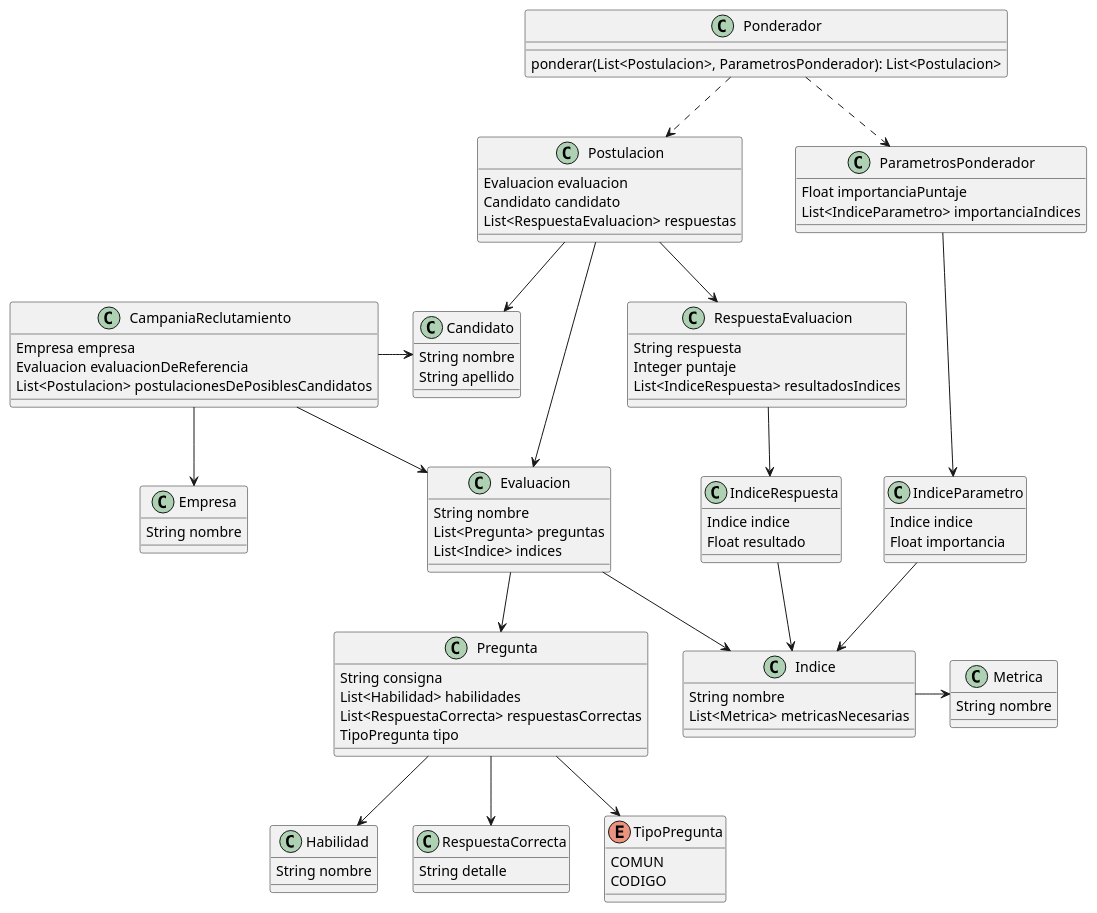
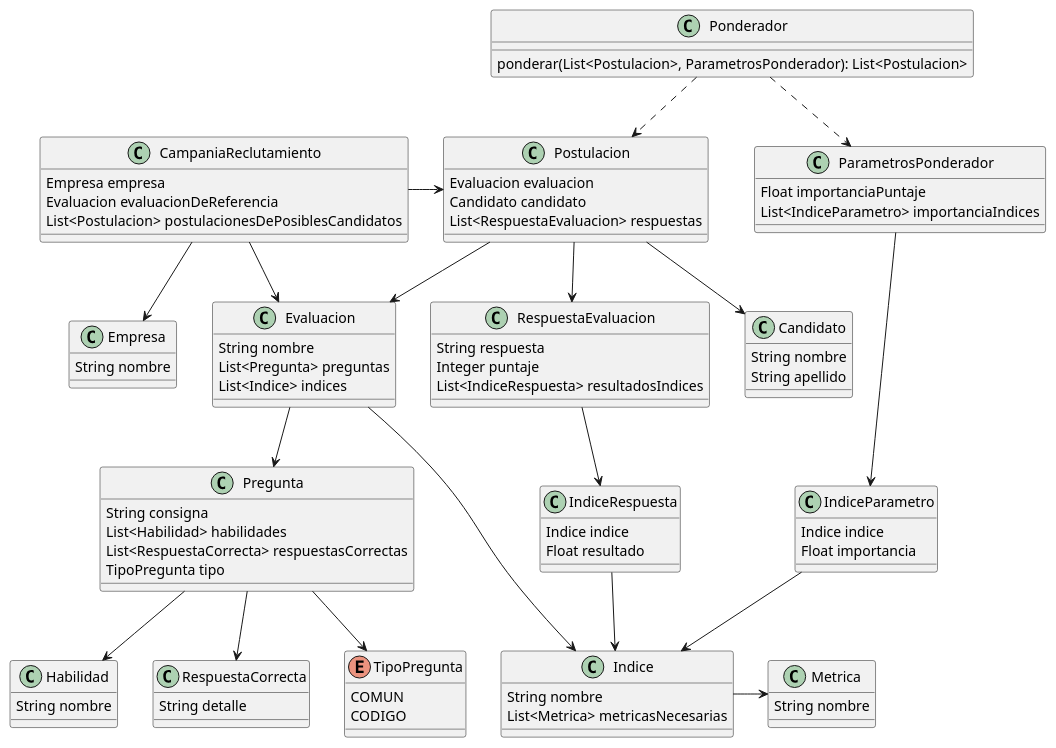
The diagram in [09-12-23] - RebaH/Diagrama de clases.puml (ArielSurco/dds.finales), drawn with PlantUML before and after one commit. The commit also changed 4 other files, not shown here.

```diff
--- a/[09-12-23] - RebaH/Diagrama de clases.puml
+++ b/[09-12-23] - RebaH/Diagrama de clases.puml
@@ -1,104 +1,104 @@
 @startuml
 'https://plantuml.com/class-diagram
 
 class Habilidad {
     String nombre
 }
 
 class RespuestaCorrecta {
     String detalle
 }
 
 enum TipoPregunta {
     COMUN
     CODIGO
 }
 
 class Pregunta {
     String consigna
     List<Habilidad> habilidades
     List<RespuestaCorrecta> respuestasCorrectas
     TipoPregunta tipo
 }
 
 class Metrica {
     String nombre
 }
 
 class Indice {
     String nombre
     List<Metrica> metricasNecesarias
 }
 
 class Evaluacion {
     String nombre
     List<Pregunta> preguntas
     List<Indice> indices
 }
 
 class Candidato {
     String nombre
     String apellido
 }
 
 class IndiceRespuesta {
     Indice indice
     Float resultado
 }
 
 class RespuestaEvaluacion {
     String respuesta
     Integer puntaje
     List<IndiceRespuesta> resultadosIndices
 }
 
 class Postulacion {
     Evaluacion evaluacion
     Candidato candidato
     List<RespuestaEvaluacion> respuestas
 }
 
 class Empresa {
     String nombre
 }
 
 class CampaniaReclutamiento {
     Empresa empresa
     Evaluacion evaluacionDeReferencia
     List<Postulacion> postulacionesDePosiblesCandidatos
 }
 
 class IndiceParametro {
     Indice indice
     Float importancia
 }
 
 class ParametrosPonderador {
     Float importanciaPuntaje
     List<IndiceParametro> importanciaIndices
 }
 
 class Ponderador {
     ponderar(List<Postulacion>, ParametrosPonderador): List<Postulacion>
 }
 
 Pregunta --> Habilidad
 Pregunta --> RespuestaCorrecta
 Pregunta --> TipoPregunta
 Evaluacion --> Pregunta
 Evaluacion --> Indice
 Indice -> Metrica
 Postulacion --> Evaluacion
 Postulacion --> Candidato
 Postulacion --> RespuestaEvaluacion
 RespuestaEvaluacion --> IndiceRespuesta
 IndiceRespuesta --> Indice
 CampaniaReclutamiento --> Empresa
 CampaniaReclutamiento --> Evaluacion
-CampaniaReclutamiento -> Candidato
+CampaniaReclutamiento -> Postulacion
 Ponderador ..> Postulacion
 Ponderador ..> ParametrosPonderador
 ParametrosPonderador --> IndiceParametro
 IndiceParametro --> Indice
 
 @enduml
```
